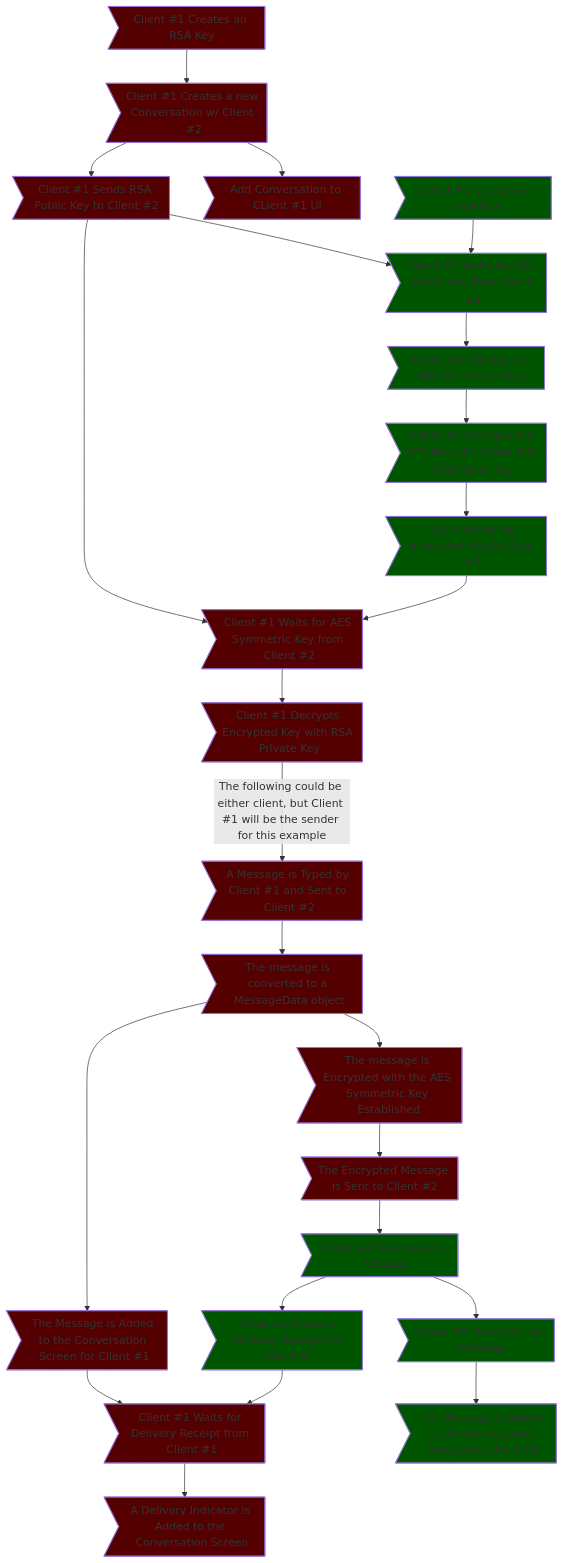
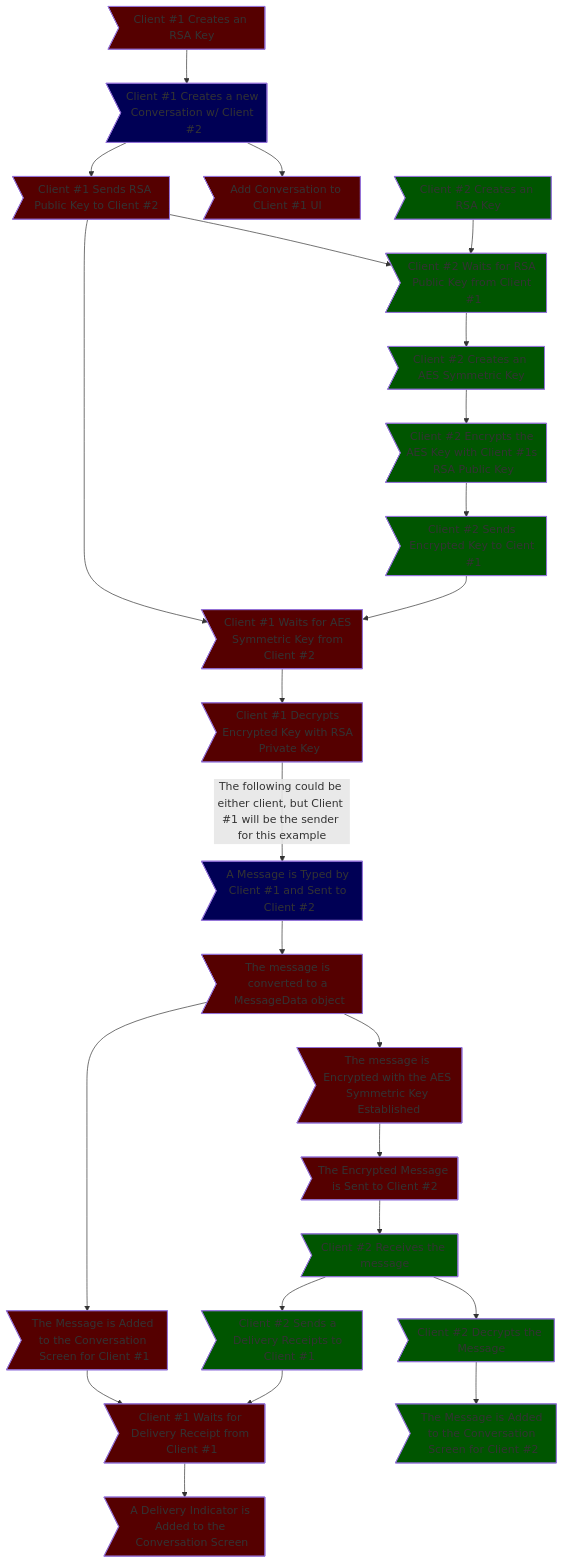
The diagram in README.md (xXCrash2BomberXx/TinyChat), drawn with Mermaid before and after one commit.

````diff
--- a/README.md
+++ b/README.md
@@ -72,31 +72,33 @@
 ```mermaid
 graph TB;
   A>Client #1 Creates an RSA Key] --> B>Client #1 Creates a new Conversation w/ Client #2];
   B --> D>Add Conversation to CLient #1 UI];
   B --> E>Client #1 Sends RSA Public Key to Client #2];
   F>Client #2 Creates an RSA Key] --> G>Client #2 Waits for RSA Public Key from Client #1];
   E --> G;
   G --> H>Client #2 Creates an AES Symmetric Key];
   H -->I>Client #2 Encrypts the AES Key with Client #1s RSA Public Key];
   I -->J>Client #2 Sends Encrypted Key to Cient #1];
   E --> K>Client #1 Waits for AES Symmetric Key from Client #2];
   J --> K;
   K --> L>Client #1 Decrypts Encrypted Key with RSA Private Key];
   L --> |The following could be either client, but Client #1 will be the sender for this example| M>A Message is Typed by Client #1 and Sent to Client #2];
   M --> C>The message is converted to a MessageData object];
   C --> N>The message is Encrypted with the AES Symmetric Key Established];
   N --> O>The Encrypted Message is Sent to Client #2];
   C --> Q>The Message is Added to the Conversation Screen for Client #1];
   Q --> R>Client #1 Waits for Delivery Receipt from Client #1];
   R --> V>A Delivery Indicator is Added to the Conversation Screen];
   O --> P>Client #2 Receives the message];
   P --> S>Client #2 Decrypts the Message];
   S --> T>The Message is Added to the Conversation Screen for Client #2];
   P --> U>Client #2 Sends a Delivery Receipts to Client #1];
   U --> R;
 
   classDef c1 fill:#500
   classDef c2 fill:#050
-  class A,B,C,D,E,K,L,M,N,O,Q,R,V c1;
+  classDef user fill:#005
+  class A,C,D,E,K,L,M,N,O,Q,R,V c1;
   class F,G,H,I,J,P,S,T,U c2;
+  class B,M user;
 ```
````
